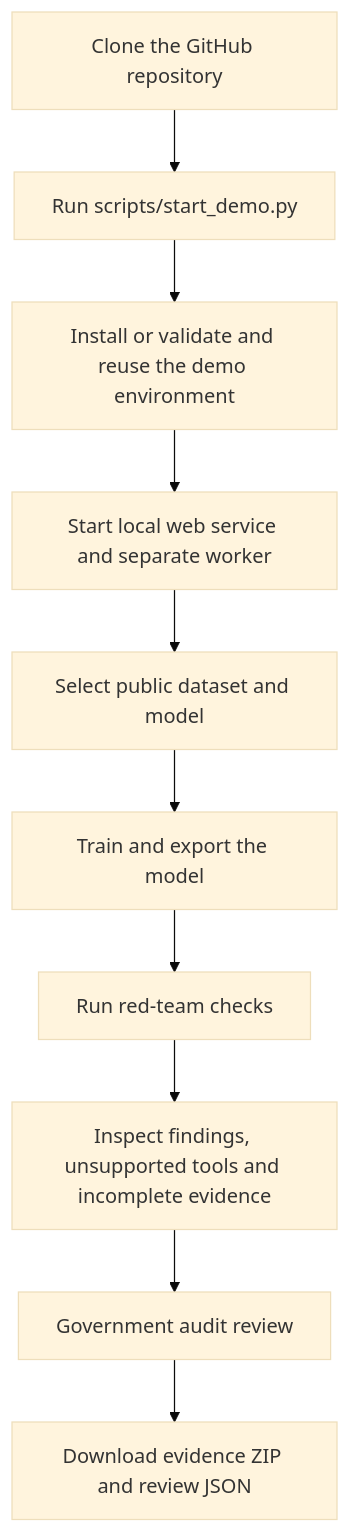
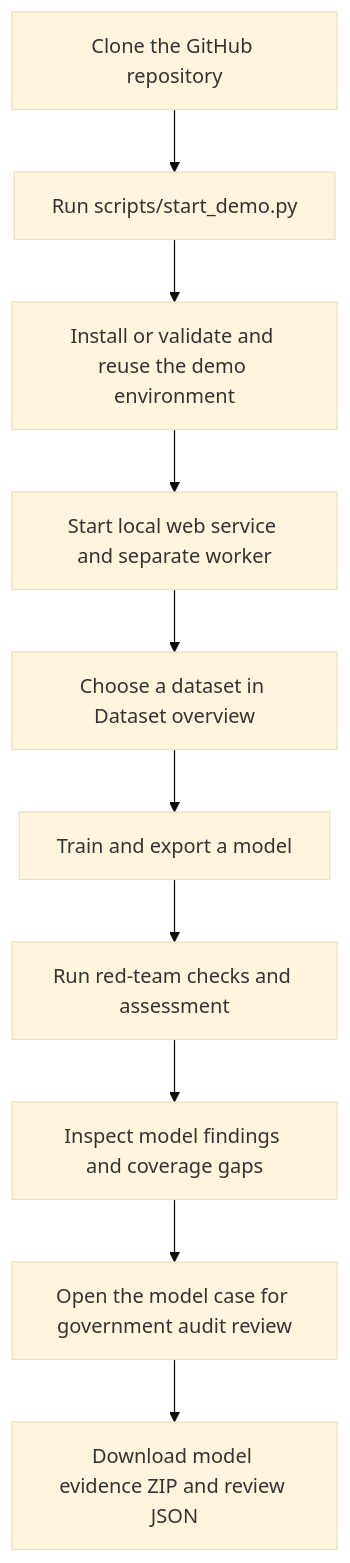
The diagram in README.md (elmontu/AI_ModeL_Check), drawn with Mermaid (base theme) before and after one commit. The commit also changed other lines of this file and 9 other files, not shown here.

Commit message:
Make dataset overview the primary local console workflow

````diff
--- a/README.md
+++ b/README.md
@@ -59,12 +67,12 @@
 ```mermaid
 flowchart TD
     A[Clone the GitHub repository] --> B[Run scripts/start_demo.py]
     B --> C[Install or validate and reuse the demo environment]
     C --> D[Start local web service and separate worker]
-    D --> E[Select public dataset and model]
-    E --> F[Train and export the model]
-    F --> G[Run red-team checks]
-    G --> H[Inspect findings, unsupported tools and incomplete evidence]
-    H --> I[Government audit review]
-    I --> J[Download evidence ZIP and review JSON]
+    D --> E[Choose a dataset in Dataset overview]
+    E --> F[Train and export a model]
+    F --> G[Run red-team checks and assessment]
+    G --> H[Inspect model findings and coverage gaps]
+    H --> I[Open the model case for government audit review]
+    I --> J[Download model evidence ZIP and review JSON]
 ```
````
